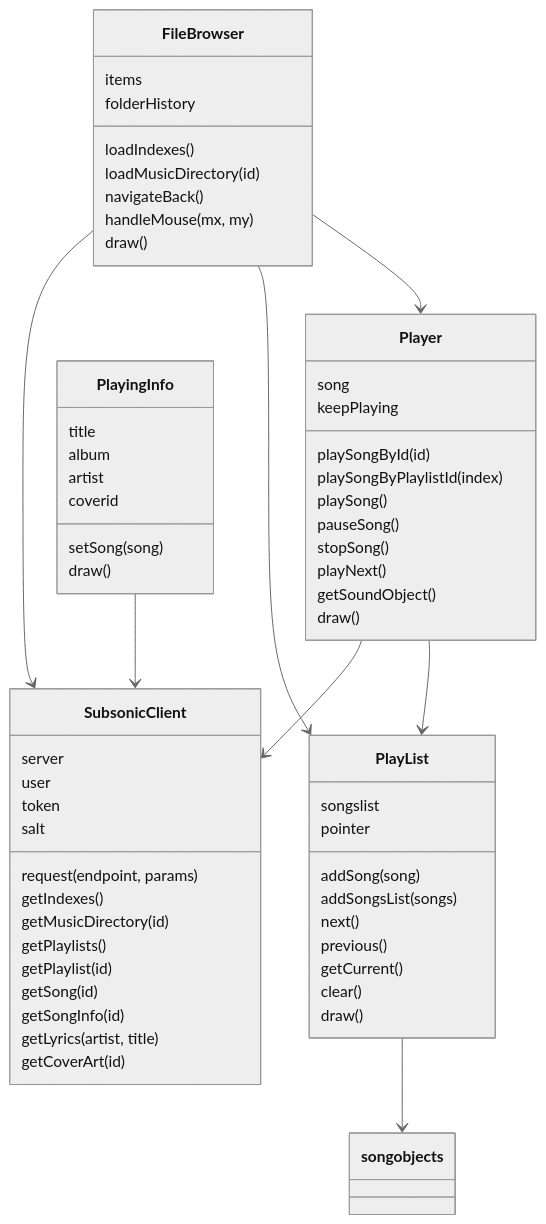
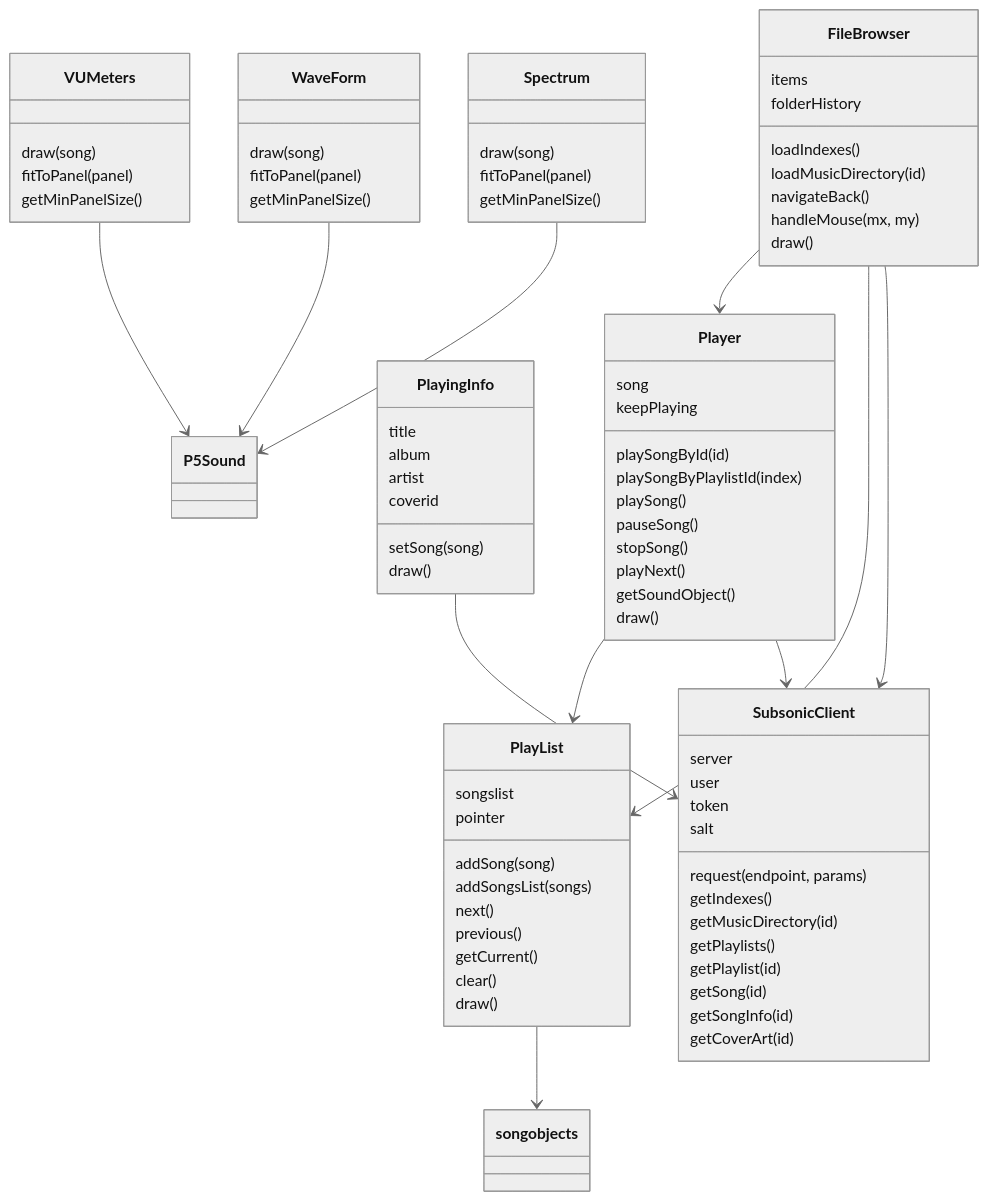
Before and after one commit to Leorivasc/neon_deck: diagram 11 of 11 in doc/diagrams.md, drawn with Mermaid (neutral theme). The commit also changed other lines of this file and 2 other files, not shown here.

````diff
--- a/doc/diagrams.md
+++ b/doc/diagrams.md
@@ -310,7 +318,6 @@
         getPlaylist(id)
         getSong(id)
         getSongInfo(id)
-        getLyrics(artist, title)
         getCoverArt(id)
     }
 
@@ -358,6 +365,24 @@
         draw()
     }
 
+    class Spectrum {
+        draw(song)
+        fitToPanel(panel)
+        getMinPanelSize()
+    }
+
+    class WaveForm {
+        draw(song)
+        fitToPanel(panel)
+        getMinPanelSize()
+    }
+
+    class VUMeters {
+        draw(song)
+        fitToPanel(panel)
+        getMinPanelSize()
+    }
+
     FileBrowser --> SubsonicClient
     FileBrowser --> PlayList
     FileBrowser --> Player
@@ -365,4 +390,7 @@
     Player --> PlayList
     PlayingInfo --> SubsonicClient
     PlayList --> song objects
+    Spectrum --> P5Sound
+    WaveForm --> P5Sound
+    VUMeters --> P5Sound
 ```
````
